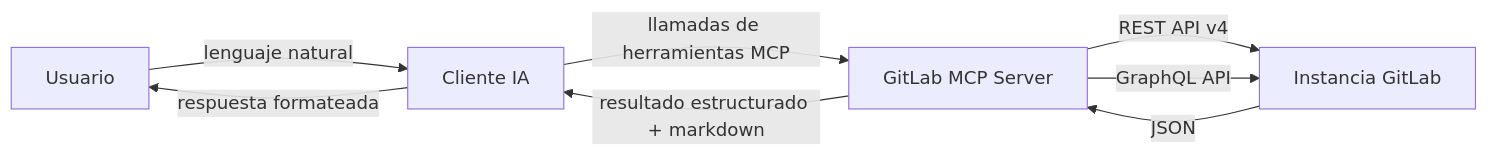
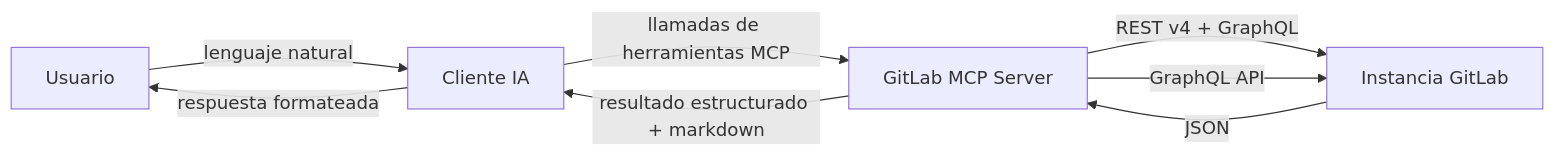
Before and after one commit to jmrplens/gitlab-mcp-server: the first of 4 diagrams in site/src/content/docs/es/architecture.mdx, drawn with Mermaid. The commit also changed 17 other files, not shown here.

````diff
--- a/site/src/content/docs/es/architecture.mdx
+++ b/site/src/content/docs/es/architecture.mdx
@@ -14,10 +14,10 @@
 ```mermaid
 graph LR
     U[Usuario] -->|lenguaje natural| AI[Cliente IA]
     AI -->|llamadas de herramientas MCP| S[GitLab MCP Server]
-    S -->|REST API v4| G[Instancia GitLab]
+    S -->|REST v4 + GraphQL| G[Instancia GitLab]
     S -->|GraphQL API| G
     G -->|JSON| S
     S -->|resultado estructurado + markdown| AI
     AI -->|respuesta formateada| U
 ```
````
